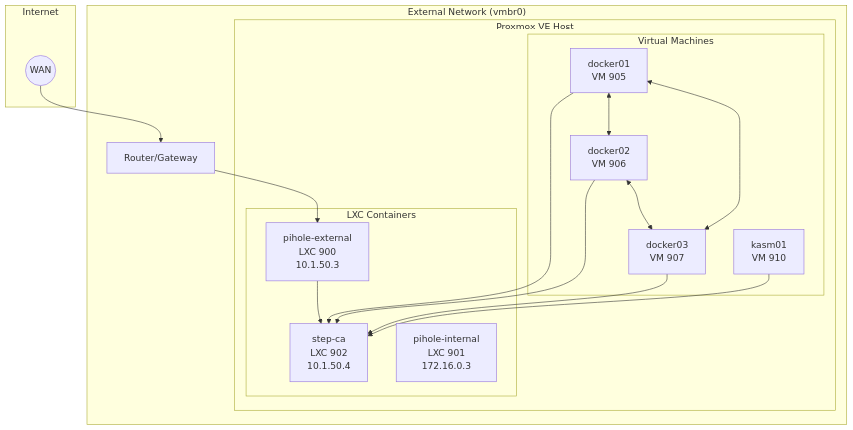
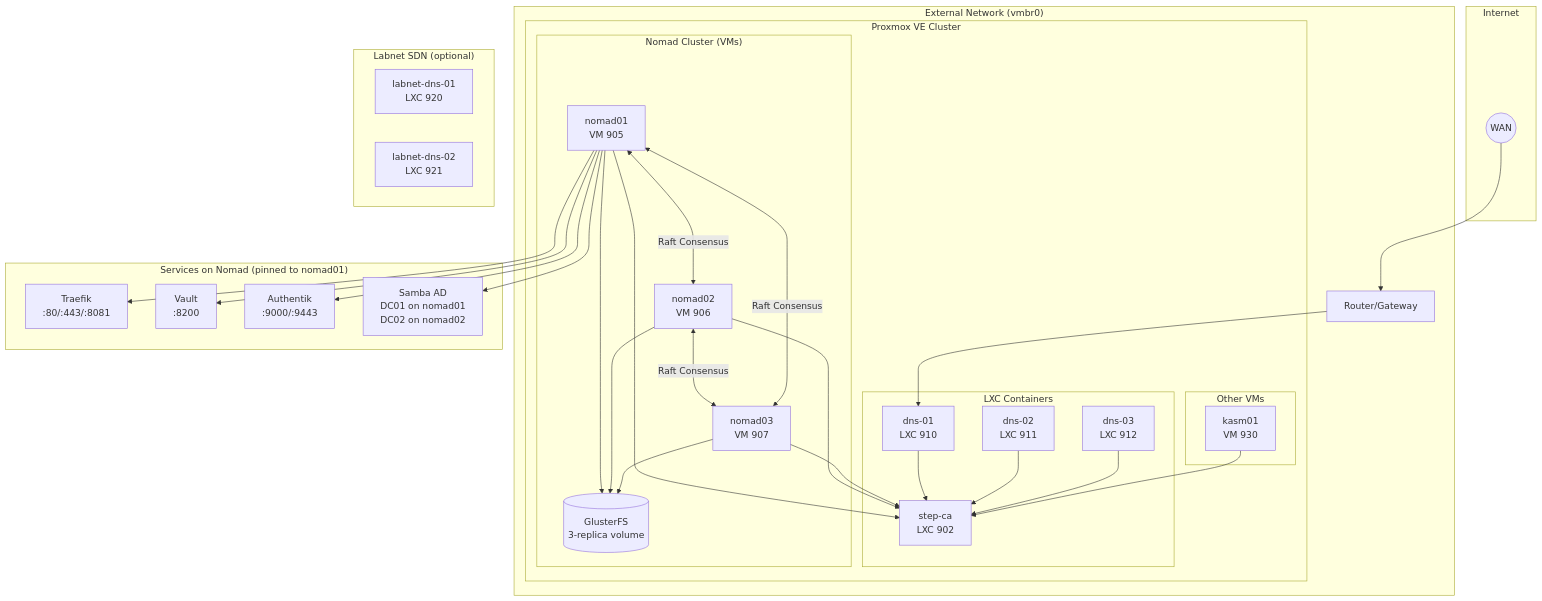
One commit to jknyght9/proxmox-lab changed the first of 2 diagrams in docs/architecture/overview.md. Above: the diagram before and after it, drawn with Mermaid. The commit also changed other lines of this file and 33 other files, not shown here.

First line of the commit message:
Rewrite documentation to reflect current Nomad-based architecture

````diff
--- a/docs/architecture/overview.md
+++ b/docs/architecture/overview.md
@@ -7,34 +7,54 @@
 ```mermaid
 graph TB
     subgraph internet["Internet"]
         WAN((WAN))
     end
 
-    subgraph lan["External Network (vmbr0)"]
+    subgraph external["External Network (vmbr0)"]
         ROUTER[Router/Gateway]
 
-        subgraph proxmox["Proxmox VE Host"]
-            subgraph lxc_containers["LXC Containers"]
-                PIHOLE_EXT[pihole-external<br/>LXC 900<br/>10.1.50.3]
-                STEPCA[step-ca<br/>LXC 902<br/>10.1.50.4]
-                PIHOLE_INT[pihole-internal<br/>LXC 901<br/>172.16.0.3]
+        subgraph proxmox["Proxmox VE Cluster"]
+            subgraph lxc["LXC Containers"]
+                DNS1[dns-01<br/>LXC 910]
+                DNS2[dns-02<br/>LXC 911]
+                DNS3[dns-03<br/>LXC 912]
+                STEPCA[step-ca<br/>LXC 902]
             end
 
-            subgraph virtual_machines["Virtual Machines"]
-                DOCKER1[docker01<br/>VM 905]
-                DOCKER2[docker02<br/>VM 906]
-                DOCKER3[docker03<br/>VM 907]
-                KASM[kasm01<br/>VM 910]
+            subgraph nomad_cluster["Nomad Cluster (VMs)"]
+                NOMAD1[nomad01<br/>VM 905]
+                NOMAD2[nomad02<br/>VM 906]
+                NOMAD3[nomad03<br/>VM 907]
+                GFS[(GlusterFS<br/>3-replica volume)]
+            end
+
+            subgraph other_vms["Other VMs"]
+                KASM[kasm01<br/>VM 930]
             end
         end
     end
 
+    subgraph labnet["Labnet SDN (optional)"]
+        LABDNS1[labnet-dns-01<br/>LXC 920]
+        LABDNS2[labnet-dns-02<br/>LXC 921]
+    end
+
     WAN --> ROUTER
-    ROUTER --> PIHOLE_EXT
-    PIHOLE_EXT --> STEPCA
-    DOCKER1 <--> DOCKER2
-    DOCKER2 <--> DOCKER3
-    DOCKER3 <--> DOCKER1
-    DOCKER1 & DOCKER2 & DOCKER3 --> STEPCA
+    ROUTER --> DNS1
+    DNS1 & DNS2 & DNS3 --> STEPCA
+    NOMAD1 <-->|Raft Consensus| NOMAD2
+    NOMAD2 <-->|Raft Consensus| NOMAD3
+    NOMAD3 <-->|Raft Consensus| NOMAD1
+    NOMAD1 & NOMAD2 & NOMAD3 --> GFS
+    NOMAD1 & NOMAD2 & NOMAD3 --> STEPCA
     KASM --> STEPCA
+
+    subgraph nomad_services["Services on Nomad (pinned to nomad01)"]
+        TRAEFIK[Traefik<br/>:80/:443/:8081]
+        VAULT[Vault<br/>:8200]
+        AUTHENTIK[Authentik<br/>:9000/:9443]
+        SAMBADC[Samba AD<br/>DC01 on nomad01<br/>DC02 on nomad02]
+    end
+
+    NOMAD1 --> TRAEFIK & VAULT & AUTHENTIK & SAMBADC
 ```
````
